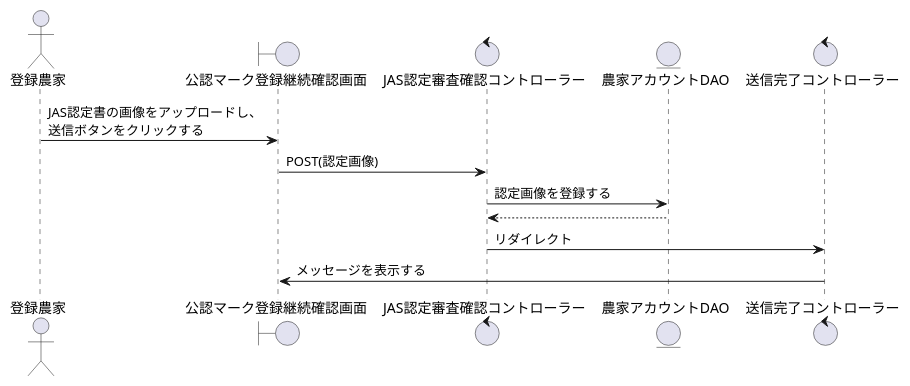
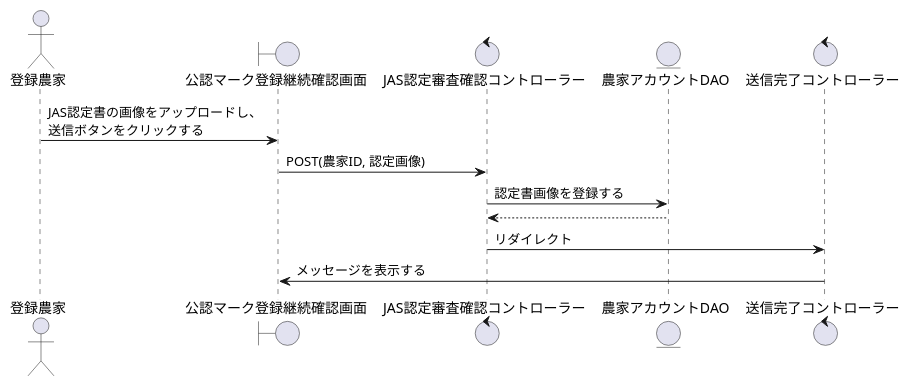
Before and after one commit to SK-B-S/PJ: the diagram in PJ_シーケンス/農家/公認マーク登録.wsd, drawn with PlantUML. The commit also changed 6 other files, not shown here.

```diff
--- a/PJ_シーケンス/農家/公認マーク登録.wsd
+++ b/PJ_シーケンス/農家/公認マーク登録.wsd
@@ -1,18 +1,18 @@
 @startuml JAS認定登録
 
 actor    "登録農家" as act
 boundary "公認マーク登録継続確認画面" as JAS_s
 control  "JAS認定審査確認コントローラー" as Acquisition_c
 entity   "農家アカウントDAO" as Farmer_DAO
 control  "送信完了コントローラー" as Skan_c
 
 '-------------------------------------------------------------------------------------------
 
 act -> JAS_s : JAS認定書の画像をアップロードし、\n送信ボタンをクリックする
-JAS_s -> Acquisition_c : POST(認定画像)
-Acquisition_c -> Farmer_DAO : 認定画像を登録する
+JAS_s -> Acquisition_c : POST(農家ID, 認定画像)
+Acquisition_c -> Farmer_DAO : 認定書画像を登録する
 Farmer_DAO --> Acquisition_c
 Acquisition_c -> Skan_c : リダイレクト
 Skan_c -> JAS_s : メッセージを表示する
 
 @enduml
```
